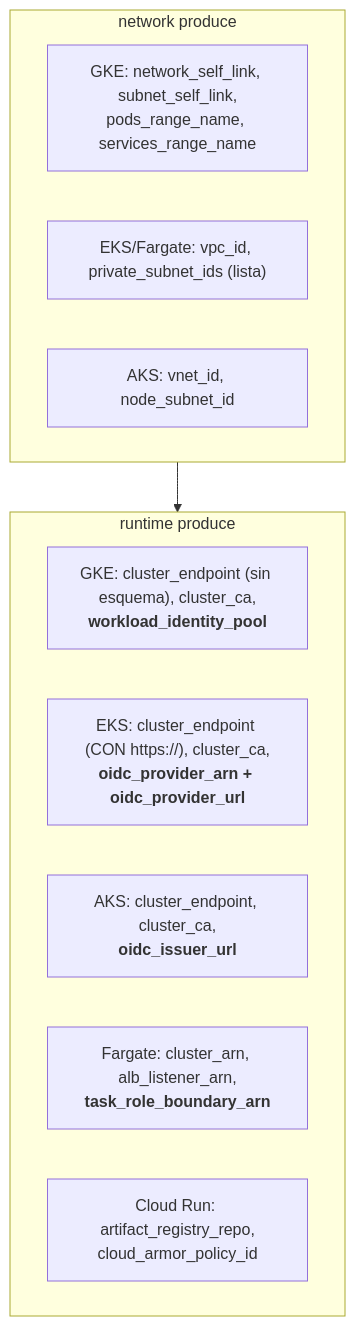
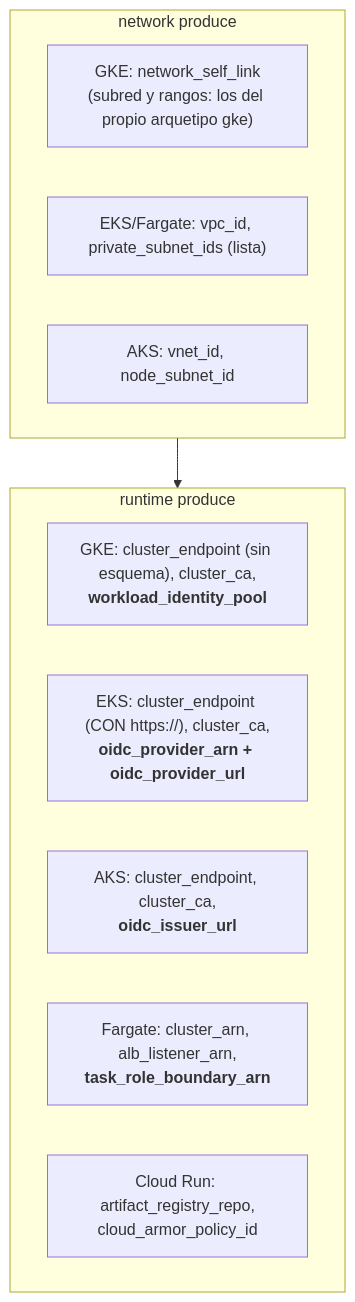
Before and after one commit to aescanero/proposal_documents: the tenth of 19 diagrams in docs/es/platform-overview.md, drawn with Mermaid. The commit also changed 27 other files, not shown here.

````diff
--- a/docs/es/platform-overview.md
+++ b/docs/es/platform-overview.md
@@ -271,16 +271,16 @@
 ```mermaid
 flowchart TD
     subgraph NET["network produce"]
-        G1["GKE: network_self_link, subnet_self_link,<br/>pods_range_name, services_range_name"]
+        G1["GKE: network_self_link<br/>(subred y rangos: los del propio arquetipo gke)"]
         A1["EKS/Fargate: vpc_id, private_subnet_ids (lista)"]
         Z1["AKS: vnet_id, node_subnet_id"]
     end
     subgraph CLU["runtime produce"]
         G2["GKE: cluster_endpoint (sin esquema), cluster_ca,<br/><b>workload_identity_pool</b>"]
         A2["EKS: cluster_endpoint (CON https://), cluster_ca,<br/><b>oidc_provider_arn + oidc_provider_url</b>"]
         Z2["AKS: cluster_endpoint, cluster_ca,<br/><b>oidc_issuer_url</b>"]
         F2["Fargate: cluster_arn, alb_listener_arn,<br/><b>task_role_boundary_arn</b>"]
         C2["Cloud Run: artifact_registry_repo,<br/>cloud_armor_policy_id"]
     end
     NET --> CLU
 ```
````
